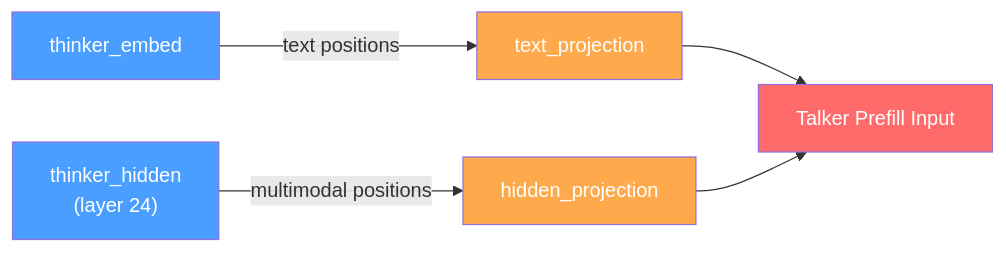
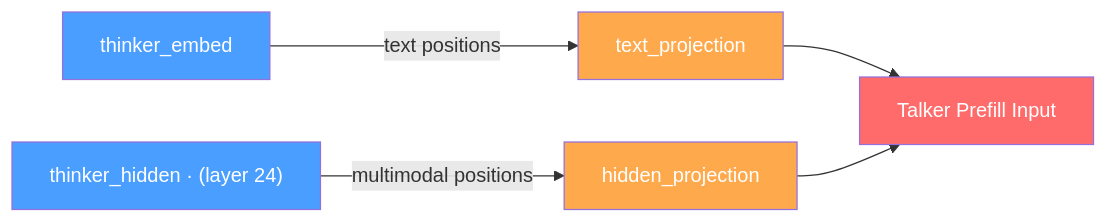
Diagram 21 of 27 in sglang/sglang-omni/README.md (zhaochenyang20/Awesome-ML-SYS-Tutorial), drawn with Mermaid before and after one commit. The commit also changed other lines of this file, not shown here.

First line of the commit message:
docs(sglang-omni): use single-line mermaid labels and redraw multi-model diagram with subgraphs

````diff
--- a/sglang/sglang-omni/README.md
+++ b/sglang/sglang-omni/README.md
@@ -888,13 +875,12 @@
 ```mermaid
 graph LR
     TE["thinker_embed"] -- "text positions" --> TP["text_projection"]
-    TH["`thinker_hidden
-(layer 24)`"] -- "multimodal positions" --> HP["hidden_projection"]
+    TH["thinker_hidden · (layer 24)"] -- "multimodal positions" --> HP["hidden_projection"]
     TP & HP --> Prefill["Talker Prefill Input"]
 
     style TE fill:#4a9eff,color:#fff
     style TH fill:#4a9eff,color:#fff
     style TP fill:#ffa94d,color:#fff
     style HP fill:#ffa94d,color:#fff
     style Prefill fill:#ff6b6b,color:#fff
 ```
````
